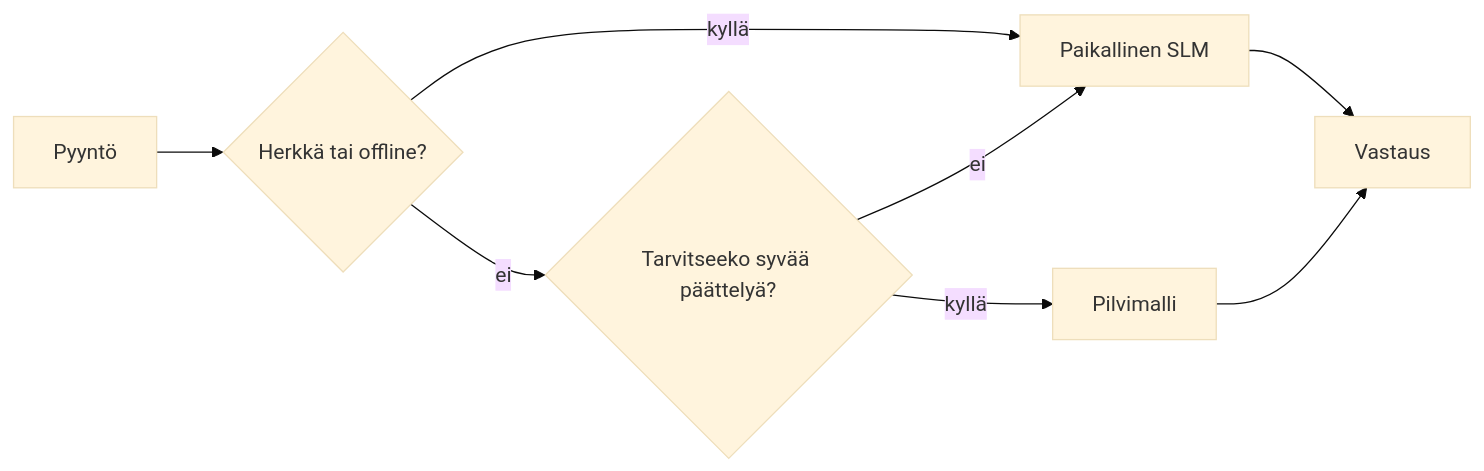
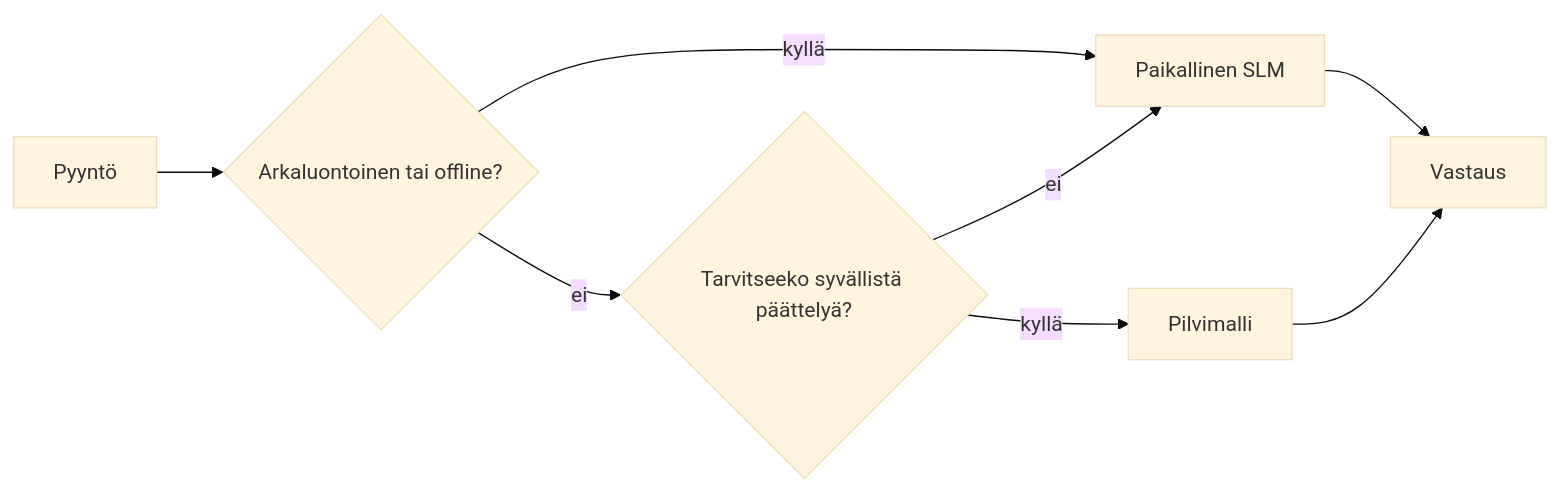
The fourth of 4 diagrams in translations/fi/17-creating-local-ai-agents/README.md (microsoft/ai-agents-for-beginners), drawn with Mermaid (base theme) before and after one commit. The commit also changed other lines of this file and 47 other files, not shown here.

````diff
--- a/translations/fi/17-creating-local-ai-agents/README.md
+++ b/translations/fi/17-creating-local-ai-agents/README.md
@@ -156,10 +156,10 @@
 ```mermaid
 flowchart LR
-    Q[Pyyntö] --> S{Herkkä tai offline?}
+    Q[Pyyntö] --> S{Arkaluontoinen tai offline?}
     S -->|kyllä| L[Paikallinen SLM]
-    S -->|ei| C{Tarvitseeko syvää päättelyä?}
+    S -->|ei| C{Tarvitseeko syvällistä päättelyä?}
     C -->|ei| L
     C -->|kyllä| Cloud[Pilvimalli]
     L --> Out[Vastaus]
     Cloud --> Out
 ```
````
